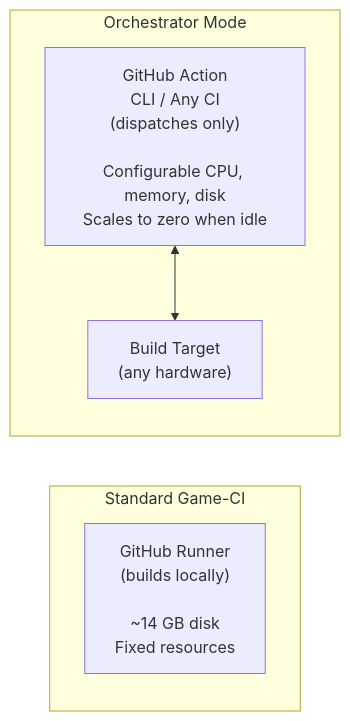
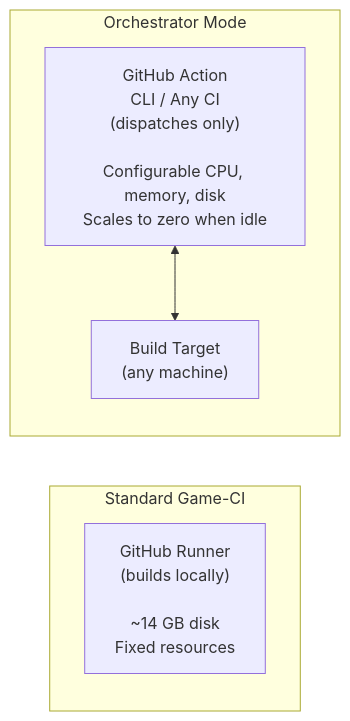
The diagram in docs/03-github-orchestrator/02-game-ci-vs-orchestrator.mdx (game-ci/documentation), drawn with Mermaid before and after one commit. The commit also changed other lines of this file and 4 other files, not shown here.

````diff
--- a/docs/03-github-orchestrator/02-game-ci-vs-orchestrator.mdx
+++ b/docs/03-github-orchestrator/02-game-ci-vs-orchestrator.mdx
@@ -26,11 +26,11 @@
 ```mermaid
 flowchart LR
   subgraph Standard Game-CI
     GR["GitHub Runner\n(builds locally)\n\n~14 GB disk\nFixed resources"]
   end
   subgraph Orchestrator Mode
     GA["GitHub Action\nCLI / Any CI\n(dispatches only)\n\nConfigurable CPU, memory, disk\nScales to zero when idle"]
-    CC["Build Target\n(any hardware)"]
+    CC["Build Target\n(any machine)"]
     GA <--> CC
   end
 ```
````
